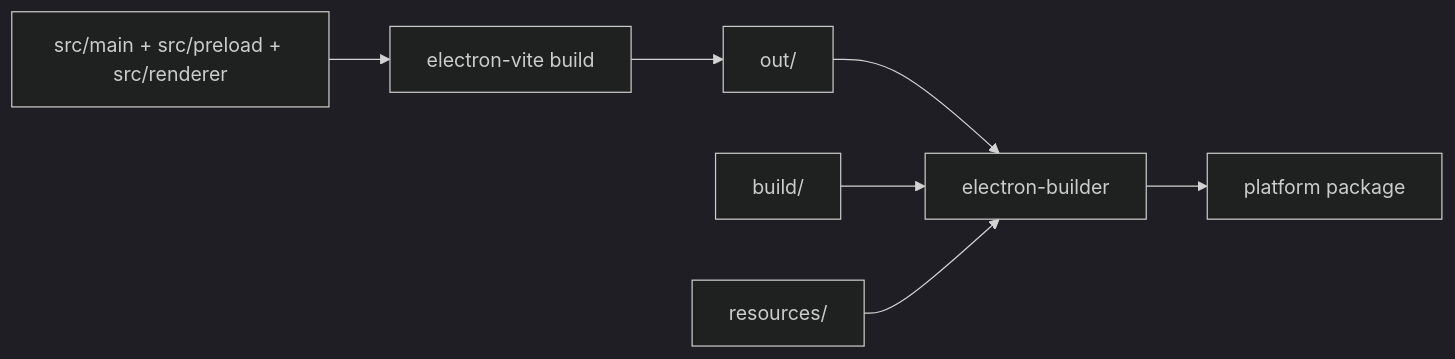
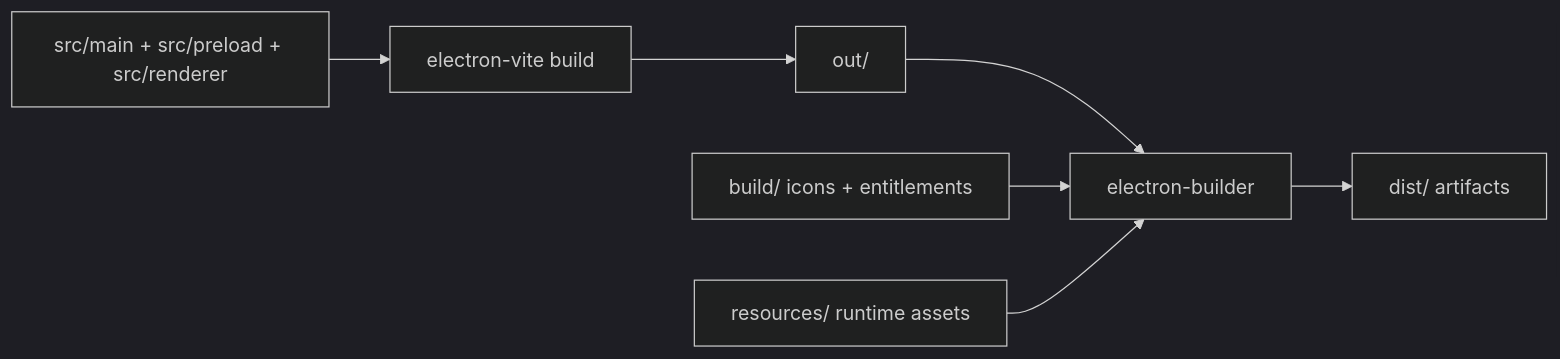
One commit to AchuAshwath/electron-react-starter-kit changed the diagram in docs/packaging.md. Above: the diagram before and after it, drawn with Mermaid (dark theme). The commit also changed other lines of this file and 9 other files, not shown here.

````diff
--- a/docs/packaging.md
+++ b/docs/packaging.md
@@ -7,9 +9,9 @@
 ```mermaid
 flowchart LR
 	Source["src/main + src/preload + src/renderer"] --> EVite["electron-vite build"]
 	EVite --> Out["out/"]
 	Out --> Builder["electron-builder"]
-	Builder --> Package["platform package"]
-	BuildAssets["build/"] --> Builder
-	Resources["resources/"] --> Builder
+	Builder --> Dist["dist/ artifacts"]
+	BuildAssets["build/ icons + entitlements"] --> Builder
+	Resources["resources/ runtime assets"] --> Builder
 ```
````
